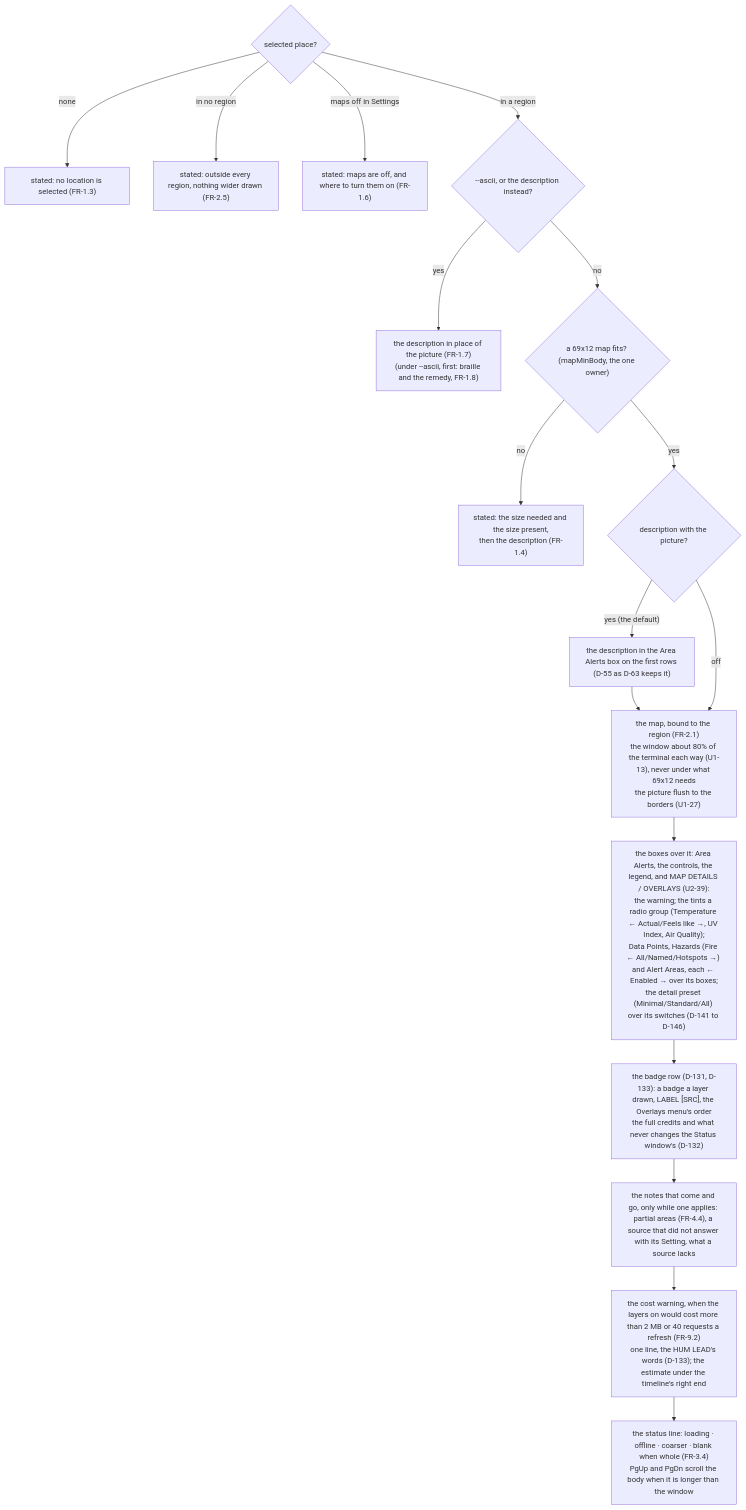
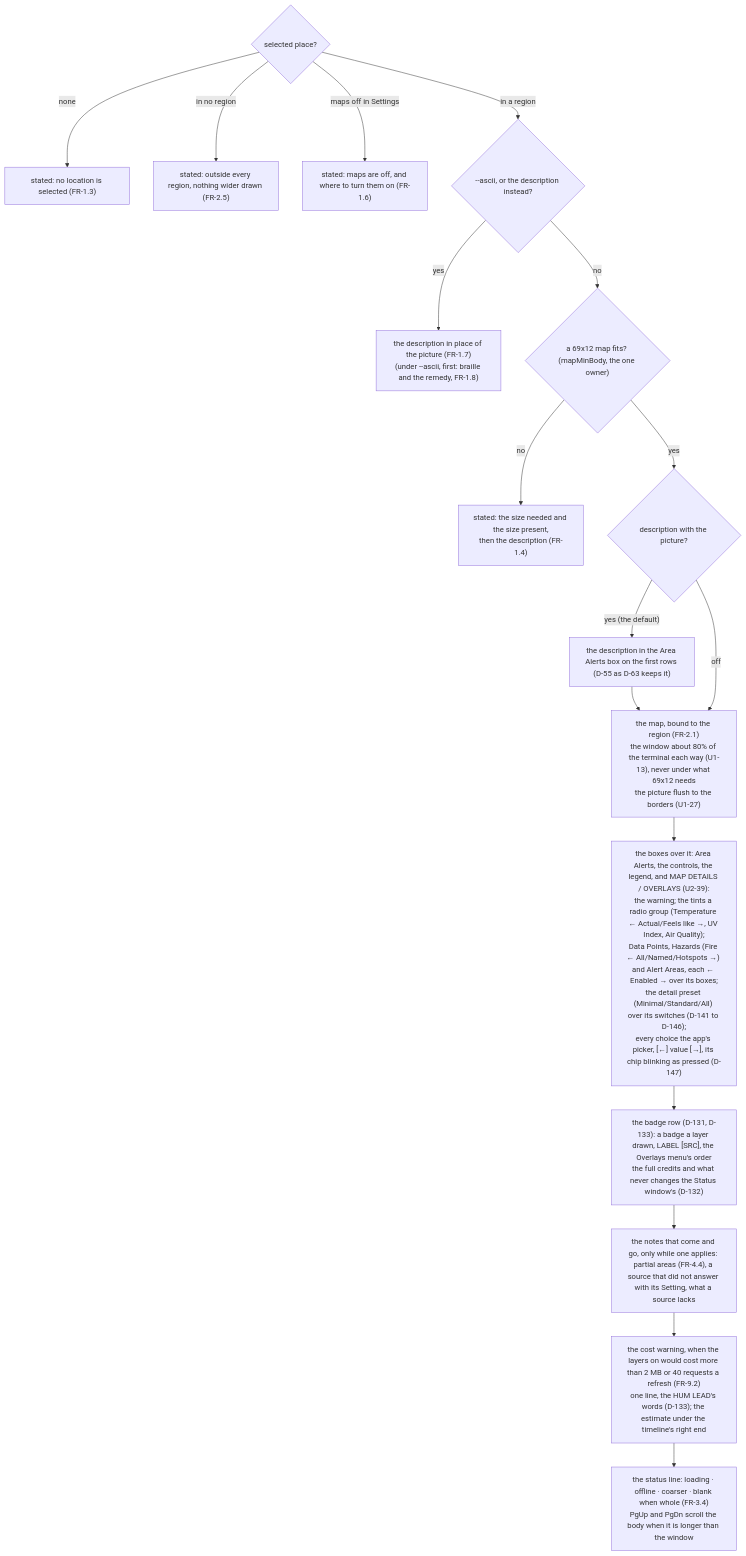
One commit to branden-thompson/watchpost changed the second of 6 diagrams in 06_docs/02_features/observer-maps/03-architecture-design/as-built-map.md. Above: the diagram before and after it, drawn with Mermaid. The commit also changed other lines of this file and 8 other files, not shown here.

First line of the commit message:
Batch 51: the menu's pickers are the app's (D-147)

````diff
--- a/06_docs/02_features/observer-maps/03-architecture-design/as-built-map.md
+++ b/06_docs/02_features/observer-maps/03-architecture-design/as-built-map.md
@@ -89,17 +89,17 @@
 ```mermaid
 flowchart TB
   S{"selected place?"} -- "none" --> N["stated: no location is selected (FR-1.3)"]
   S -- "in no region" --> O["stated: outside every region, nothing wider drawn (FR-2.5)"]
   S -- "maps off in Settings" --> OFF["stated: maps are off, and where to turn them on (FR-1.6)"]
   S -- "in a region" --> A{"--ascii, or the description instead?"}
   A -- "yes" --> T["the description in place of the picture (FR-1.7)\n(under --ascii, first: braille and the remedy, FR-1.8)"]
   A -- "no" --> F{"a 69x12 map fits? (mapMinBody, the one owner)"}
   F -- "no" --> FL["stated: the size needed and the size present,\nthen the description (FR-1.4)"]
   F -- "yes" --> DS{"description with the picture?"}
   DS -- "yes (the default)" --> D1["the description in the Area Alerts box on the first rows (D-55 as D-63 keeps it)"] --> M
   DS -- "off" --> M["the map, bound to the region (FR-2.1)\nthe window about 80% of the terminal each way (U1-13), never under what 69x12 needs\nthe picture flush to the borders (U1-27)"]
-  M --> BXS["the boxes over it: Area Alerts, the controls, the legend, and MAP DETAILS / OVERLAYS (U2-39):\nthe warning; the tints a radio group (Temperature ← Actual/Feels like →, UV Index, Air Quality);\nData Points, Hazards (Fire ← All/Named/Hotspots →) and Alert Areas, each ← Enabled → over its boxes;\nthe detail preset (Minimal/Standard/All) over its switches (D-141 to D-146)"] --> BG["the badge row (D-131, D-133): a badge a layer drawn, LABEL [SRC], the Overlays menu's order\nthe full credits and what never changes the Status window's (D-132)"]
+  M --> BXS["the boxes over it: Area Alerts, the controls, the legend, and MAP DETAILS / OVERLAYS (U2-39):\nthe warning; the tints a radio group (Temperature ← Actual/Feels like →, UV Index, Air Quality);\nData Points, Hazards (Fire ← All/Named/Hotspots →) and Alert Areas, each ← Enabled → over its boxes;\nthe detail preset (Minimal/Standard/All) over its switches (D-141 to D-146);\nevery choice the app's picker, [←] value [→], its chip blinking as pressed (D-147)"] --> BG["the badge row (D-131, D-133): a badge a layer drawn, LABEL [SRC], the Overlays menu's order\nthe full credits and what never changes the Status window's (D-132)"]
   BG --> NT["the notes that come and go, only while one applies: partial areas (FR-4.4), a source that did not answer with its Setting, what a source lacks"]
   NT --> CW["the cost warning, when the layers on would cost more than 2 MB or 40 requests a refresh (FR-9.2)\none line, the HUM LEAD's words (D-133); the estimate under the timeline's right end"]
   CW --> ST["the status line: loading · offline · coarser · blank when whole (FR-3.4)\nPgUp and PgDn scroll the body when it is longer than the window"]
 ```
````
